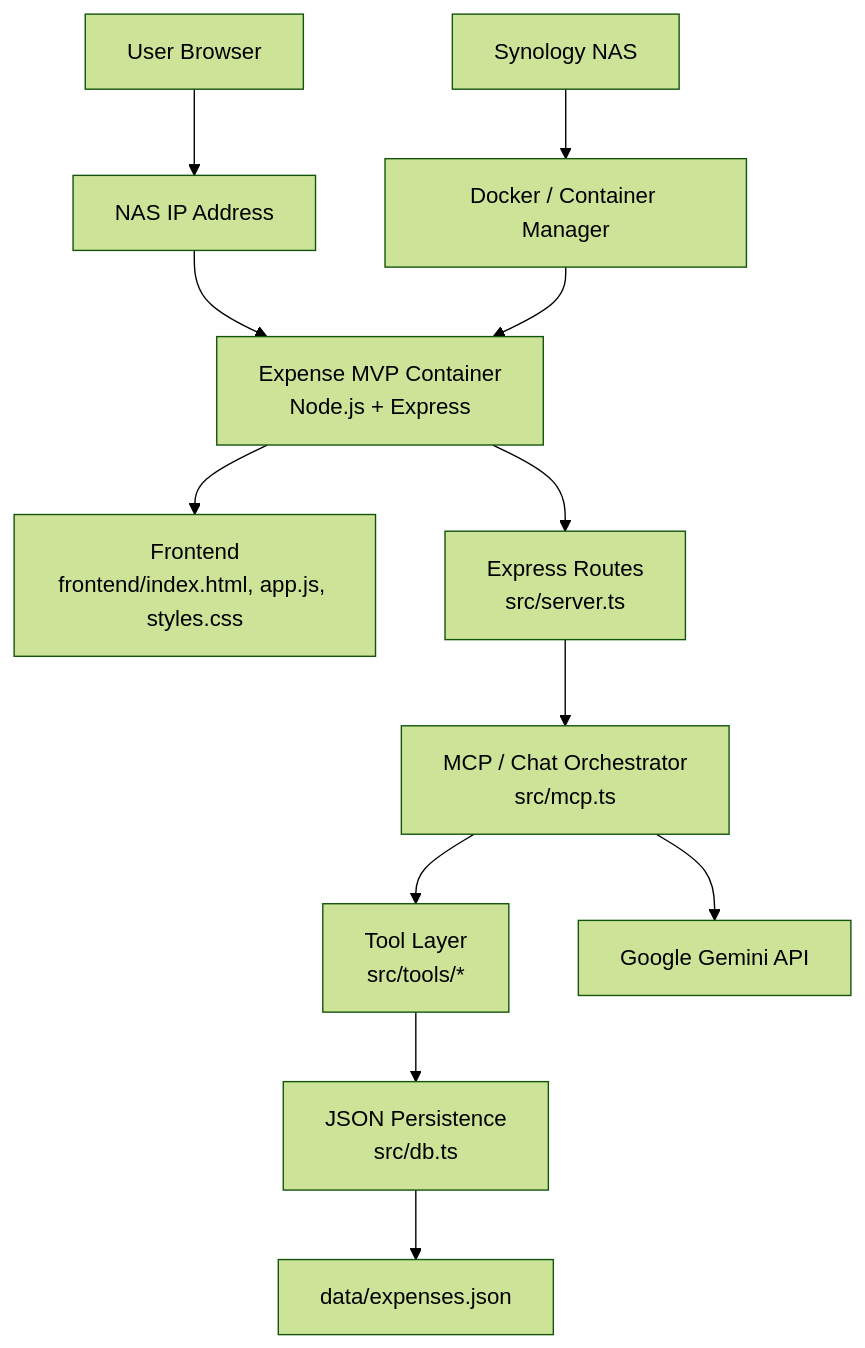
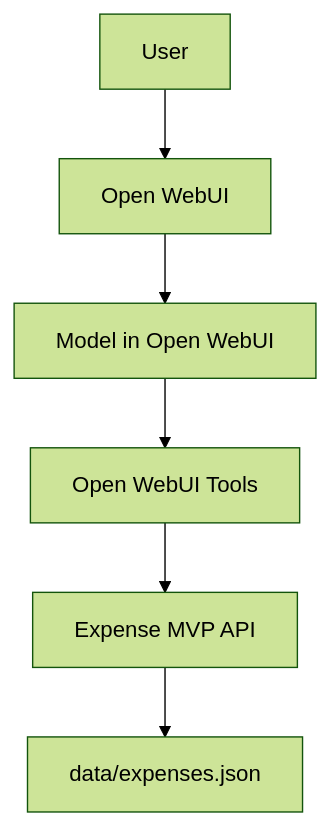
One commit to shahriya1995/expense-mvp changed the diagram in README.md. Above: the diagram before and after it, drawn with Mermaid (forest theme). The commit also changed other lines of this file and 19 other files, not shown here.

Commit message:
Updated files to use open web ui as frontend

````diff
--- a/README.md
+++ b/README.md
@@ -41,27 +24,15 @@
 ```mermaid
 flowchart TD
-    U[User Browser]
-    NASIP[NAS IP Address]
-    NAS[Synology NAS]
-    DC[Docker / Container Manager]
-    APP[Expense MVP Container<br/>Node.js + Express]
-    FE[Frontend<br/>frontend/index.html, app.js, styles.css]
-    API[Express Routes<br/>src/server.ts]
-    MCP[MCP / Chat Orchestrator<br/>src/mcp.ts]
-    TOOLS[Tool Layer<br/>src/tools/*]
-    DB[JSON Persistence<br/>src/db.ts]
-    FILE[data/expenses.json]
-    GEM[Google Gemini API]
+    U[User]
+    W[Open WebUI]
+    M[Model in Open WebUI]
+    T[Open WebUI Tools]
+    API[Expense MVP API]
+    DB[data/expenses.json]
 
-    U --> NASIP
-    NASIP --> APP
-    NAS --> DC
-    DC --> APP
-    APP --> FE
-    APP --> API
-    API --> MCP
-    MCP --> TOOLS
-    TOOLS --> DB
-    DB --> FILE
-    MCP --> GEM
+    U --> W
+    W --> M
+    M --> T
+    T --> API
+    API --> DB
 ```
````
